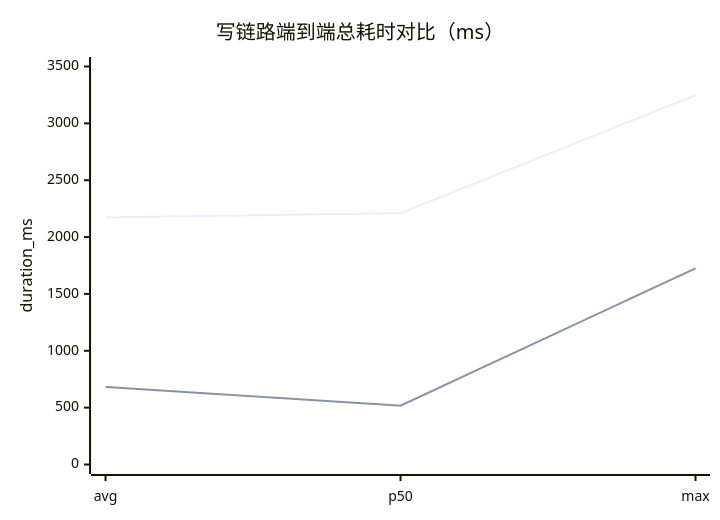
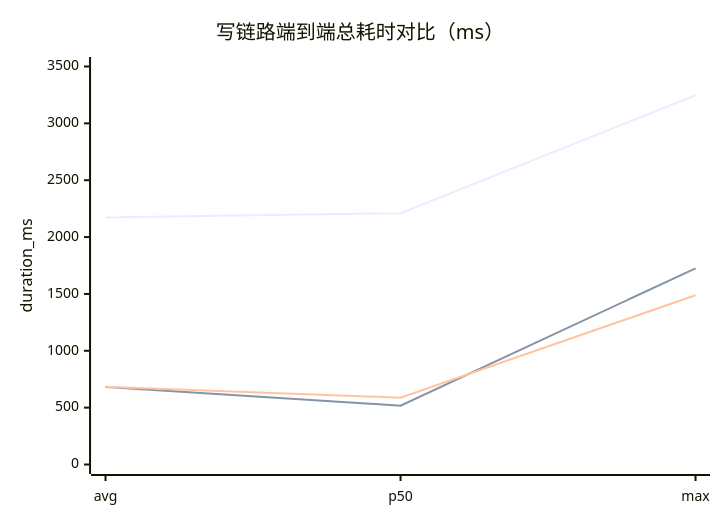
One commit to Fabr1c/BlueprintHelper changed the first of 7 diagrams in BlueprintHelper/Develop/Plan/BlueprintHelper_v0.5.0_TaskSpecExecution_PerformanceOptimization_20260519_CN.md. Above: the diagram before and after it, drawn with Mermaid. The commit also changed other lines of this file and 1 other file, not shown here.

````diff
--- a/BlueprintHelper/Develop/Plan/BlueprintHelper_v0.5.0_TaskSpecExecution_PerformanceOptimization_20260519_CN.md
+++ b/BlueprintHelper/Develop/Plan/BlueprintHelper_v0.5.0_TaskSpecExecution_PerformanceOptimization_20260519_CN.md
@@ -987,8 +1085,9 @@
 ```mermaid
 xychart
     title "写链路端到端总耗时对比（ms）"
     x-axis ["avg", "p50", "max"]
     y-axis "duration_ms" 0 --> 3500
     line [2172.994, 2209.757, 3246.974]
     line [682.007, 517.478, 1725.355]
+    line [683.281, 588.036, 1488.758]
 ```
````
